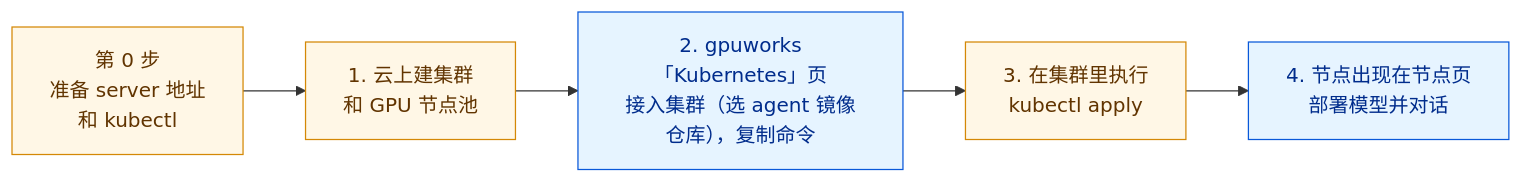
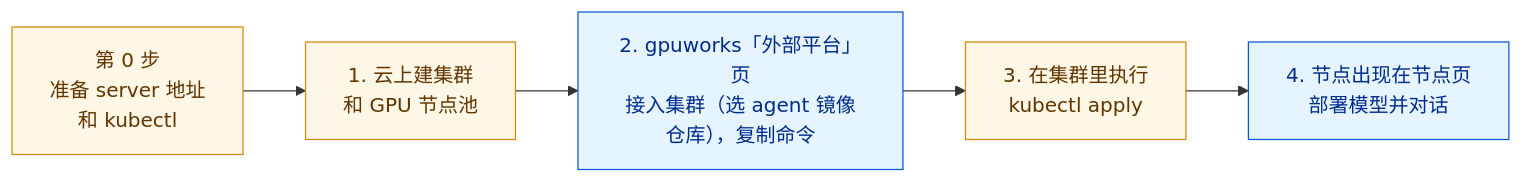
The first of 3 diagrams in docs/how-to/connect-managed-kubernetes.md (flitai-io/gpuworks), drawn with Mermaid before and after one commit. The commit also changed other lines of this file and 15 other files, not shown here.

````diff
--- a/docs/how-to/connect-managed-kubernetes.md
+++ b/docs/how-to/connect-managed-kubernetes.md
@@ -20,13 +20,13 @@
 ```mermaid
 flowchart LR
   p0["第 0 步<br/>准备 server 地址<br/>和 kubectl"]
   c1["1. 云上建集群<br/>和 GPU 节点池"]
-  g2["2. gpuworks「Kubernetes」页<br/>接入集群（选 agent 镜像仓库），复制命令"]
+  g2["2. gpuworks「外部平台」页<br/>接入集群（选 agent 镜像仓库），复制命令"]
   a3["3. 在集群里执行<br/>kubectl apply"]
   n4["4. 节点出现在节点页<br/>部署模型并对话"]
   p0 --> c1 --> g2 --> a3 --> n4
   classDef cloud fill:#fff7e6,stroke:#d48806,color:#613400
   classDef gw fill:#e6f4ff,stroke:#0958d9,color:#002c8c
   class p0,c1,a3 cloud
   class g2,n4 gw
 ```
````
